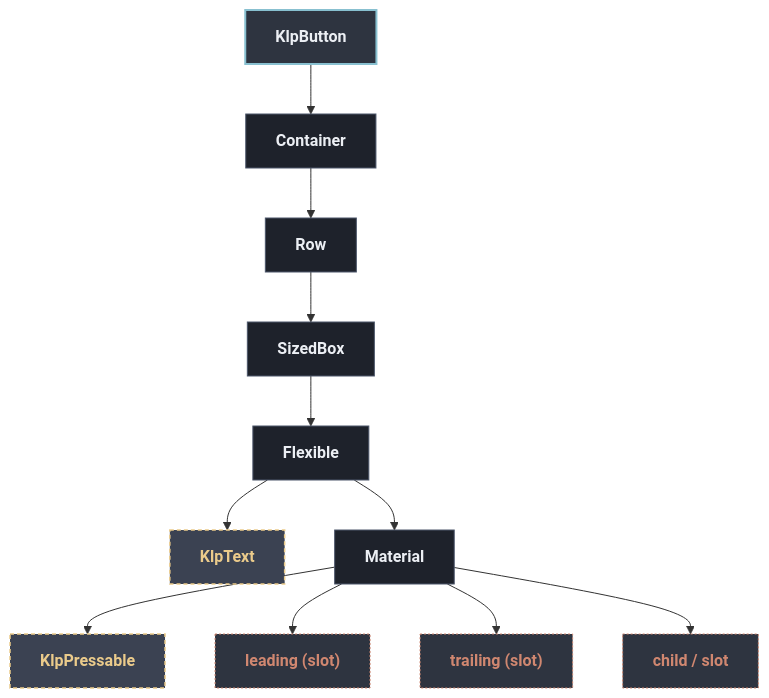
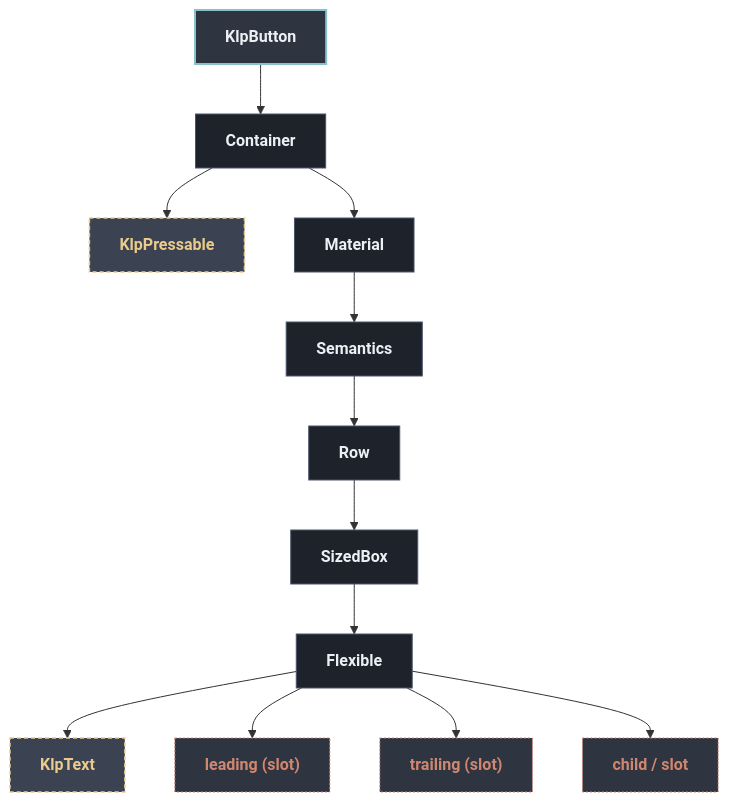
Before and after one commit to MiuDog/Kallopis: the diagram in docs/architecture/components/controls/klp_button.md, drawn with Mermaid. The commit also changed other lines of this file and 1105 other files, not shown here.

Commit message:
refactor: establish semantic design architecture

````diff
--- a/docs/architecture/components/controls/klp_button.md
+++ b/docs/architecture/components/controls/klp_button.md
@@ -13,30 +13,32 @@
 ```mermaid
 flowchart TD
   classDef default fill:#1E222B,stroke:#4C566A,stroke-width:1px,color:#ECEFF4;
   classDef root fill:#2E3440,stroke:#88C0D0,stroke-width:2px,color:#ECEFF4,font-weight:bold;
   classDef reference fill:#3B4252,stroke:#EBCB8B,stroke-width:1.5px,stroke-dasharray: 4 3,color:#EBCB8B;
   classDef container fill:#2E3440,stroke:#A3BE8C,stroke-width:1.5px,color:#A3BE8C;
   classDef slot fill:#2E3440,stroke:#D08770,stroke-width:1px,stroke-dasharray: 2 2,color:#D08770;
 
   root["KlpButton"]:::root
   n1["Container"]
   root --> n1
-  n2["Row"]
+  n2["KlpPressable"]:::reference
   n1 --> n2
-  n3["SizedBox"]
-  n2 --> n3
-  n4["Flexible"]
+  n3["Material"]
+  n1 --> n3
+  n4["Semantics"]
   n3 --> n4
-  n5["KlpText"]:::reference
+  n5["Row"]
   n4 --> n5
-  n6["Material"]
-  n4 --> n6
-  n7["KlpPressable"]:::reference
+  n6["SizedBox"]
+  n5 --> n6
+  n7["Flexible"]
   n6 --> n7
-  n8["leading (slot)"]:::slot
-  n6 --> n8
-  n9["trailing (slot)"]:::slot
-  n6 --> n9
-  n10["child / slot"]:::slot
-  n6 --> n10
+  n8["KlpText"]:::reference
+  n7 --> n8
+  n9["leading (slot)"]:::slot
+  n7 --> n9
+  n10["trailing (slot)"]:::slot
+  n7 --> n10
+  n11["child / slot"]:::slot
+  n7 --> n11
 ```
````
